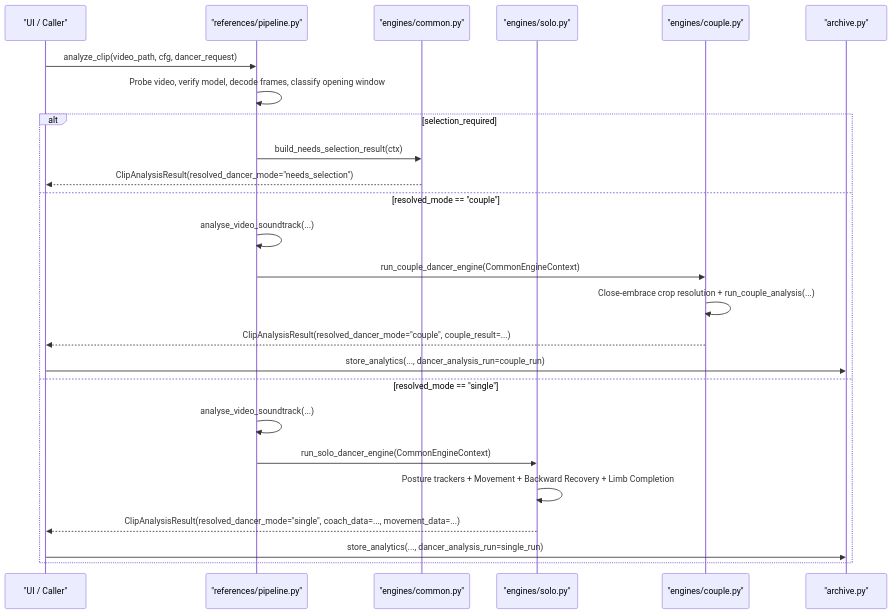
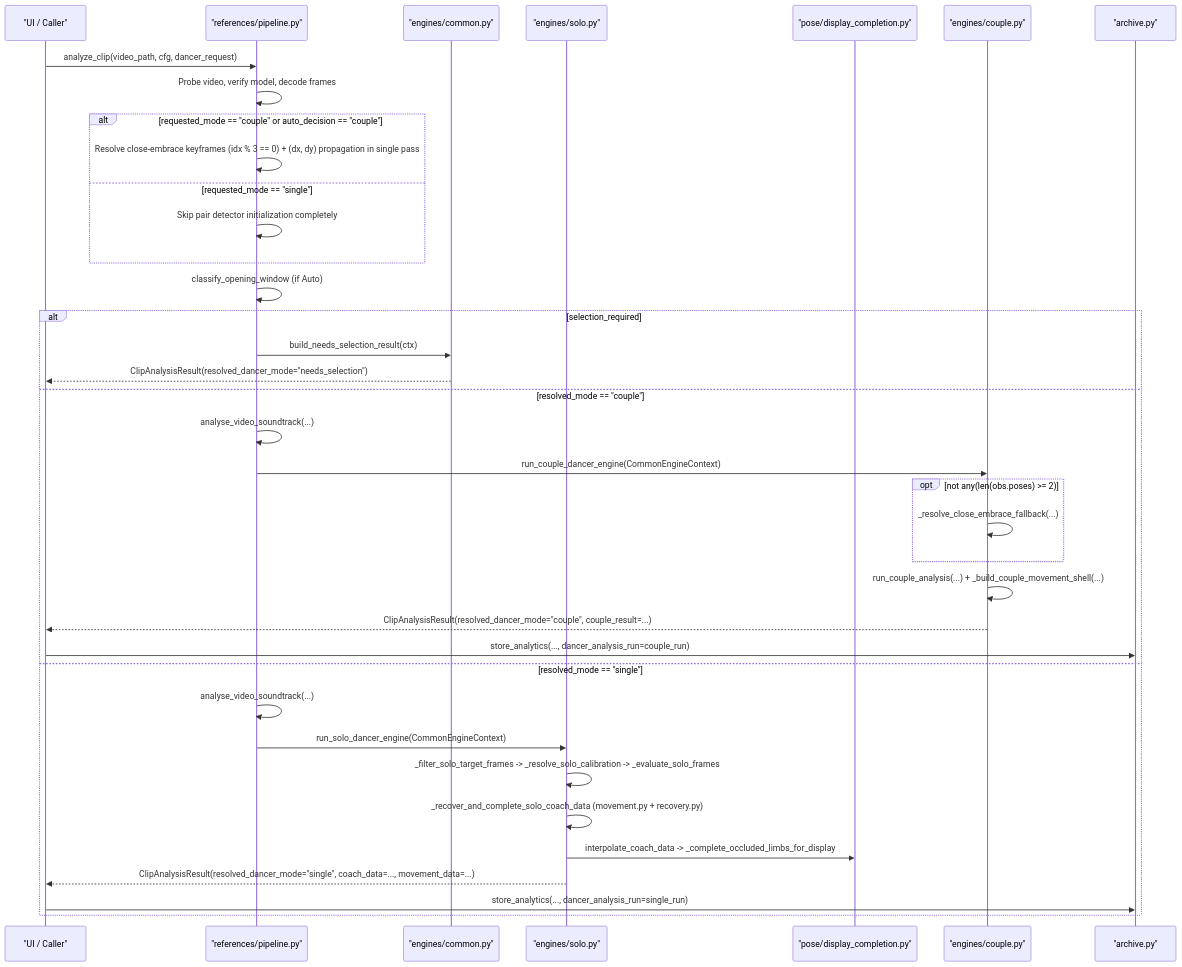
Before and after one commit to TangoMovementLabs/TangoPosture: the second of 2 diagrams in docs/ARCHITECTURE_DUAL_ENGINE_REENGINEERING.md, drawn with Mermaid. The commit also changed other lines of this file and 7 other files, not shown here.

First line of the commit message:
refactor: segregate solo and couple engines

````diff
--- a/docs/ARCHITECTURE_DUAL_ENGINE_REENGINEERING.md
+++ b/docs/ARCHITECTURE_DUAL_ENGINE_REENGINEERING.md
@@ -70,28 +80,40 @@
 ```mermaid
 sequenceDiagram
     participant UI as "UI / Caller"
     participant PL as "references/pipeline.py"
     participant CE as "engines/common.py"
     participant SE as "engines/solo.py"
+    participant DC as "pose/display_completion.py"
     participant KE as "engines/couple.py"
     participant AR as "archive.py"
 
     UI->>PL: analyze_clip(video_path, cfg, dancer_request)
-    PL->>PL: Probe video, verify model, decode frames, classify opening window
+    PL->>PL: Probe video, verify model, decode frames
+    alt requested_mode == "couple" or auto_decision == "couple"
+        PL->>PL: Resolve close-embrace keyframes (idx % 3 == 0) + (dx, dy) propagation in single pass
+    else requested_mode == "single"
+        PL->>PL: Skip pair detector initialization completely
+    end
+    PL->>PL: classify_opening_window (if Auto)
     alt selection_required
         PL->>CE: build_needs_selection_result(ctx)
         CE-->>UI: ClipAnalysisResult(resolved_dancer_mode="needs_selection")
     else resolved_mode == "couple"
         PL->>PL: analyse_video_soundtrack(...)
         PL->>KE: run_couple_dancer_engine(CommonEngineContext)
-        KE->>KE: Close-embrace crop resolution + run_couple_analysis(...)
+        opt not any(len(obs.poses) >= 2)
+            KE->>KE: _resolve_close_embrace_fallback(...)
+        end
+        KE->>KE: run_couple_analysis(...) + _build_couple_movement_shell(...)
         KE-->>UI: ClipAnalysisResult(resolved_dancer_mode="couple", couple_result=...)
         UI->>AR: store_analytics(..., dancer_analysis_run=couple_run)
     else resolved_mode == "single"
         PL->>PL: analyse_video_soundtrack(...)
         PL->>SE: run_solo_dancer_engine(CommonEngineContext)
-        SE->>SE: Posture trackers + Movement + Backward Recovery + Limb Completion
+        SE->>SE: _filter_solo_target_frames -> _resolve_solo_calibration -> _evaluate_solo_frames
+        SE->>SE: _recover_and_complete_solo_coach_data (movement.py + recovery.py)
+        SE->>DC: interpolate_coach_data -> _complete_occluded_limbs_for_display
         SE-->>UI: ClipAnalysisResult(resolved_dancer_mode="single", coach_data=..., movement_data=...)
         UI->>AR: store_analytics(..., dancer_analysis_run=single_run)
     end
 ```
````
